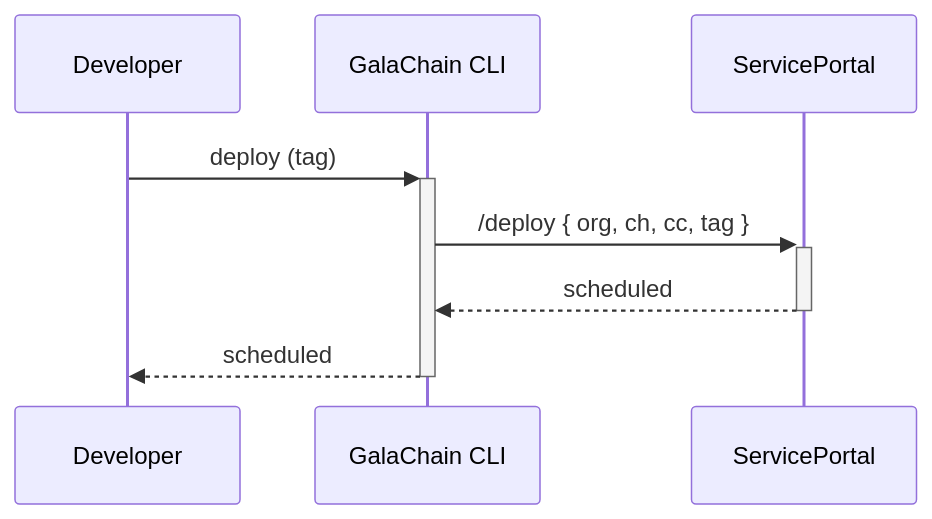
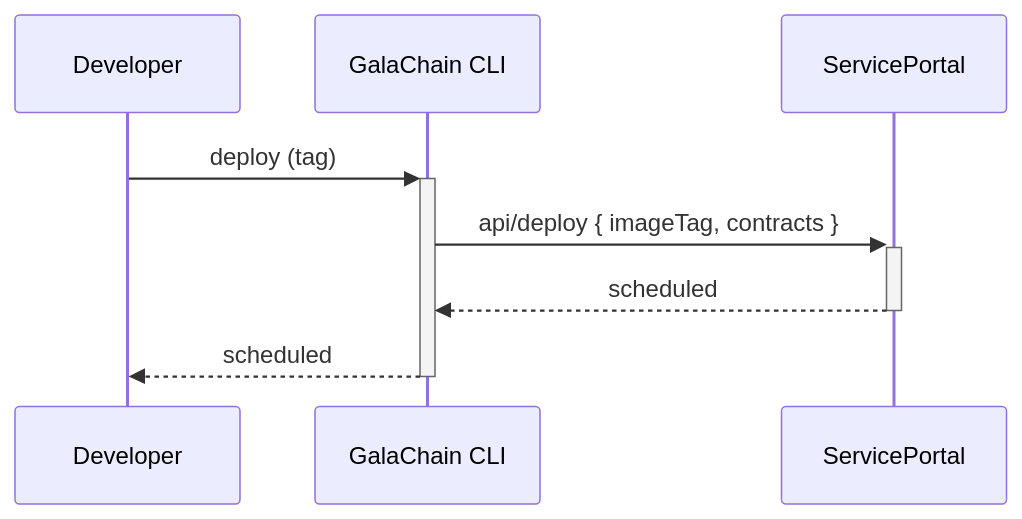
The second of 2 diagrams in docs/chaincode-deployment.md (GalaChain/sdk), drawn with Mermaid before and after one commit. The commit also changed other lines of this file and 1 other file, not shown here.

````diff
--- a/docs/chaincode-deployment.md
+++ b/docs/chaincode-deployment.md
@@ -105,7 +107,7 @@
 ```mermaid
 sequenceDiagram
     Developer ->>+ GalaChain CLI: deploy (tag)
-    GalaChain CLI ->>+ ServicePortal: /deploy { org, ch, cc, tag }
+    GalaChain CLI ->>+ ServicePortal: api/deploy { imageTag, contracts }
     ServicePortal -->>- GalaChain CLI: scheduled
     GalaChain CLI -->>- Developer: scheduled
 ```
````
